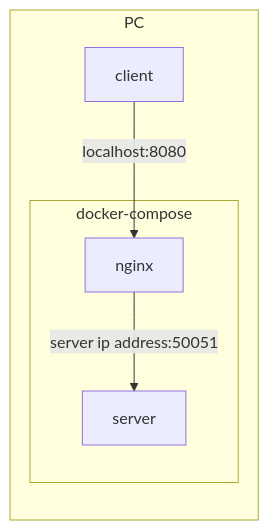
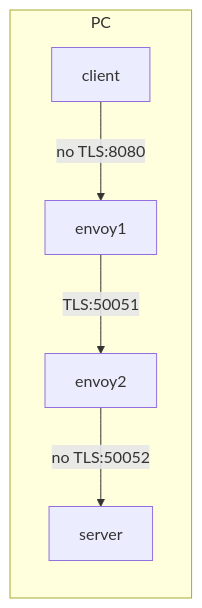
Before and after one commit to halroot-dot/poc-grpc-with-proxy: the diagram in README.md, drawn with Mermaid. The commit also changed other lines of this file, not shown here.

````diff
--- a/README.md
+++ b/README.md
@@ -78,14 +7,11 @@
 ```mermaid
 graph LR
   client["client"]
-  nginx["nginx"]
+  envoy1["envoy1"]
+  envoy2["envoy2"]
   server["server"]
 
   subgraph PC
-    client -- localhost:8080--> nginx
-
-    subgraph docker-compose
-      nginx -- server ip address:50051 --> server
-    end
+    client --no TLS:8080--> envoy1 --TLS:50051--> envoy2 --no TLS:50052-->server
   end
 ```
````
